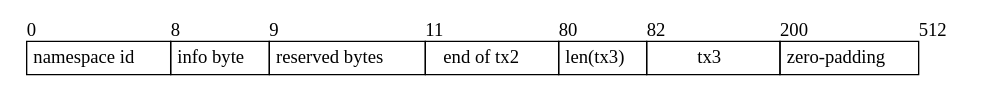
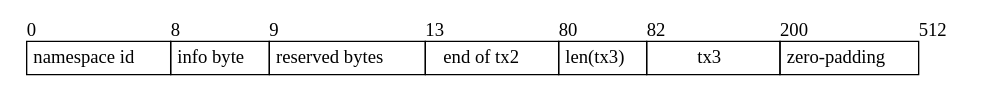
One commit to celestiaorg/celestia-app changed the diagram in specs/src/specs/figures/compact_continuation_share.dot. Above: the diagram before and after it, drawn with Graphviz. The commit also changed 7 other files, not shown here.

Commit message:
specs: fixed sequence len

```diff
--- a/specs/src/specs/figures/compact_continuation_share.dot
+++ b/specs/src/specs/figures/compact_continuation_share.dot
@@ -1,27 +1,27 @@
 digraph G {
     node [shape = record, penwidth = 0];
 
     share [label=<
     <table border="0" cellborder="1" cellspacing="0">
         <tr>
             <td align="left" border="0" cellpadding="0">0</td>
             <td align="left" border="0" cellpadding="0">8</td>
             <td align="left" border="0" cellpadding="0">9</td>
-            <td align="left" border="0" cellpadding="0">11</td>
+            <td align="left" border="0" cellpadding="0">13</td>
             <td align="left" border="0" cellpadding="0">80</td>
             <td align="left" border="0" cellpadding="0">82</td>
             <td align="left" border="0" cellpadding="0">200</td>
             <td align="left" border="0" cellpadding="0">512</td>
         </tr>
         <tr>
             <td width="8" cellpadding="4">namespace id</td>
             <td width="1" cellpadding="4">info byte</td>
-            <td width="1" cellpadding="4">reserved bytes</td>
+            <td width="4" cellpadding="4">reserved bytes</td>
             <td width="100" cellpadding="4">end of tx2</td>
             <td width="2" cellpadding="4">len(tx3)</td>
             <td width="100" cellpadding="4">tx3</td>
             <td width="100" cellpadding="4">zero-padding</td>
         </tr>
     </table>
     >];
 }
```
